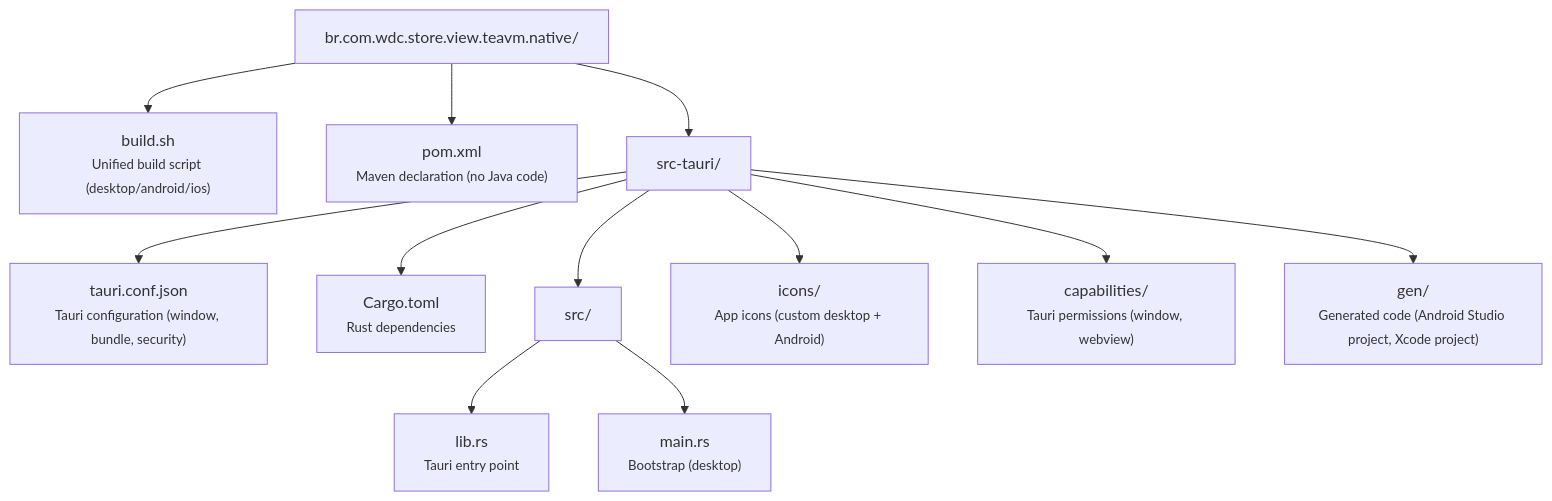
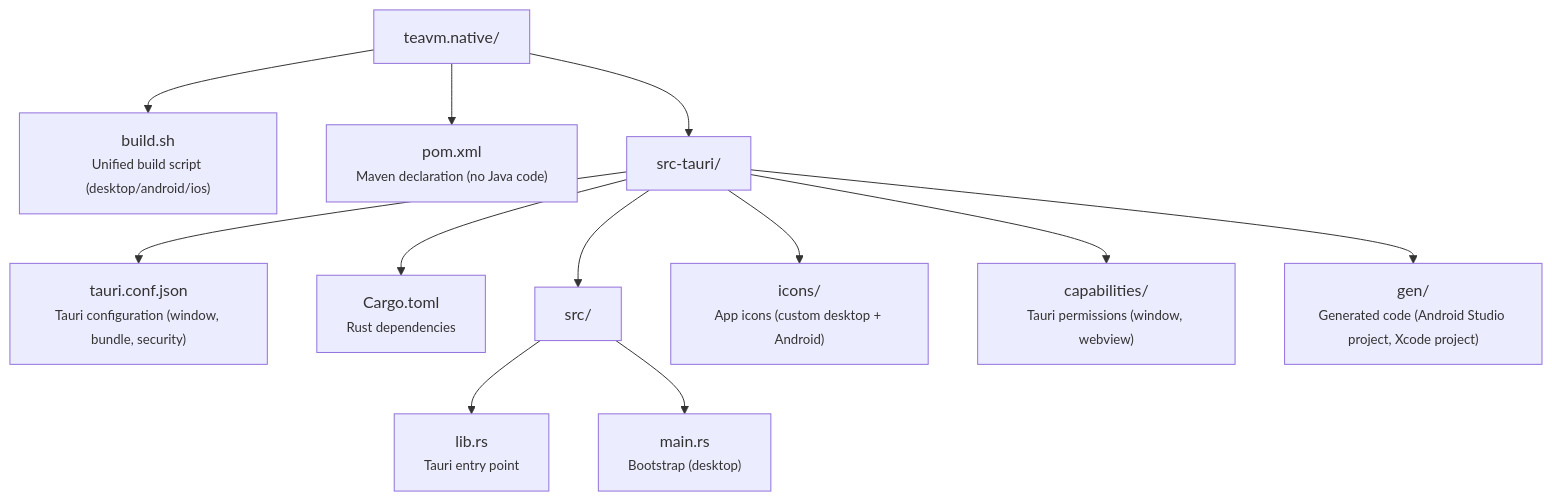
Before and after one commit to mrcdom/wdc-cube-java-v2: the first of 3 diagrams in fontes/br.com.wdc.store/br.com.wdc.store.view.teavm/teavm.native/README.md, drawn with Mermaid. The commit also changed other lines of this file and 50 other files, not shown here.

````diff
--- a/fontes/br.com.wdc.store/br.com.wdc.store.view.teavm/teavm.native/README.md
+++ b/fontes/br.com.wdc.store/br.com.wdc.store.view.teavm/teavm.native/README.md
@@ -44,27 +48,27 @@
 ```mermaid
 graph TD
-    root["br.com.wdc.store.view.teavm.native/"]
+    root["teavm.native/"]
     buildsh["build.sh\n<small>Unified build script (desktop/android/ios)</small>"]
     pom["pom.xml\n<small>Maven declaration (no Java code)</small>"]
     srcTauri["src-tauri/"]
     tauriConf["tauri.conf.json\n<small>Tauri configuration (window, bundle, security)</small>"]
     cargoToml["Cargo.toml\n<small>Rust dependencies</small>"]
     src["src/"]
     libRs["lib.rs\n<small>Tauri entry point</small>"]
     mainRs["main.rs\n<small>Bootstrap (desktop)</small>"]
     icons["icons/\n<small>App icons (custom desktop + Android)</small>"]
     capabilities["capabilities/\n<small>Tauri permissions (window, webview)</small>"]
     gen["gen/\n<small>Generated code (Android Studio project, Xcode project)</small>"]
 
     root --> buildsh
     root --> pom
     root --> srcTauri
     srcTauri --> tauriConf
     srcTauri --> cargoToml
     srcTauri --> src
     srcTauri --> icons
     srcTauri --> capabilities
     srcTauri --> gen
     src --> libRs
     src --> mainRs
 ```
````
